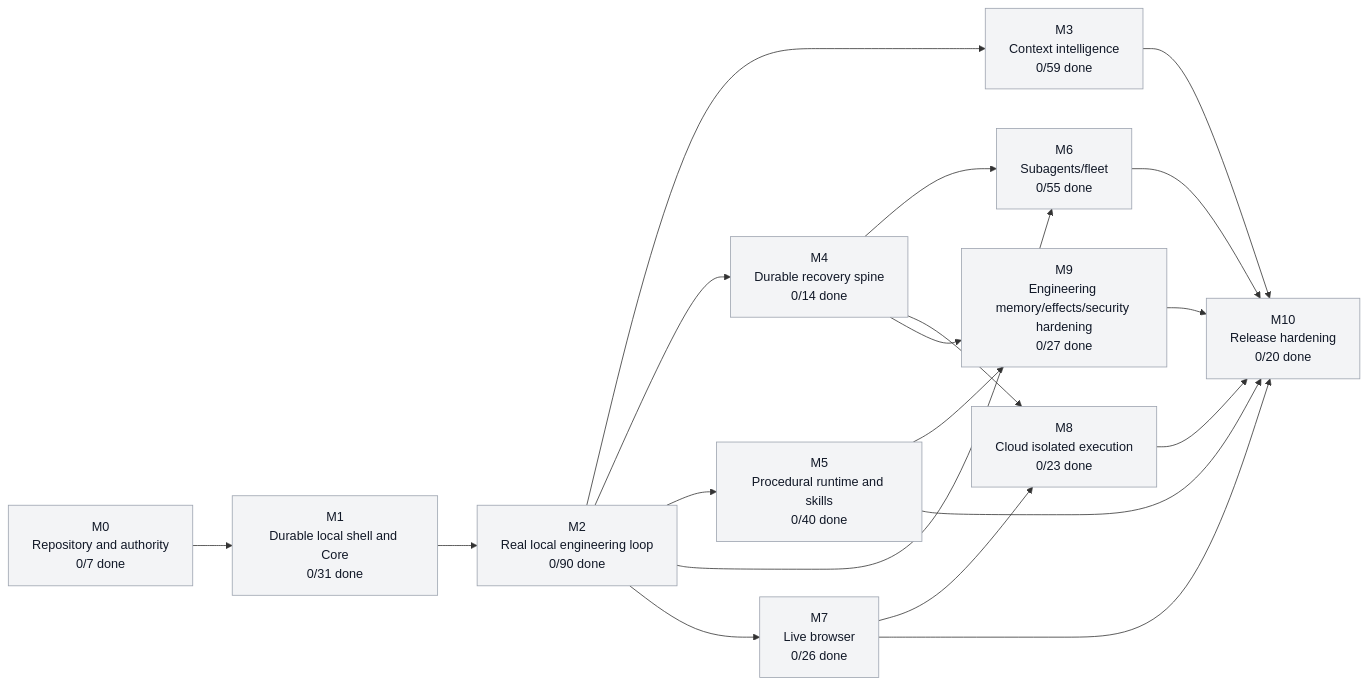
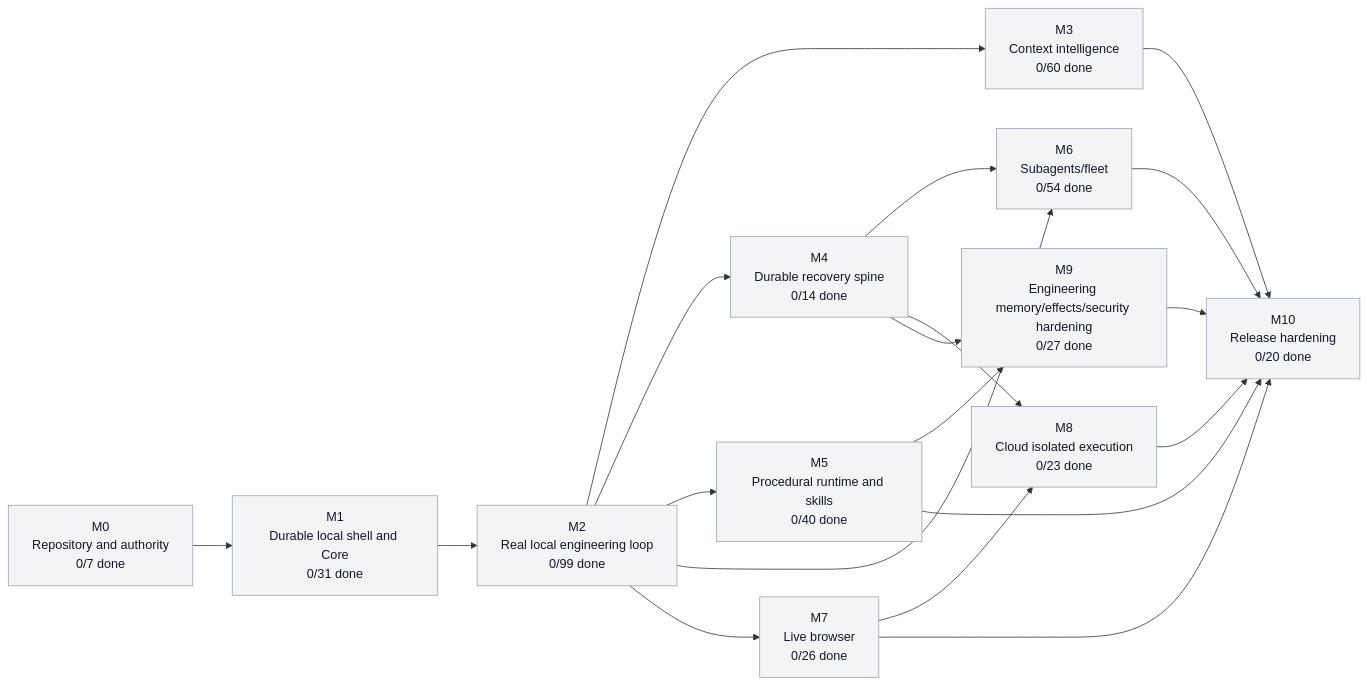
One commit to moss101/modbit changed the first of 5 diagrams in graph/PROJECT_GRAPH.md. Above: the diagram before and after it, drawn with Mermaid. The commit also changed other lines of this file and 30 other files, not shown here.

````diff
--- a/graph/PROJECT_GRAPH.md
+++ b/graph/PROJECT_GRAPH.md
@@ -57,43 +57,43 @@
 ```mermaid
 flowchart LR
   M0["M0<br/>Repository and authority<br/>0/7 done"]
   M1["M1<br/>Durable local shell and Core<br/>0/31 done"]
-  M2["M2<br/>Real local engineering loop<br/>0/90 done"]
-  M3["M3<br/>Context intelligence<br/>0/59 done"]
+  M2["M2<br/>Real local engineering loop<br/>0/99 done"]
+  M3["M3<br/>Context intelligence<br/>0/60 done"]
   M4["M4<br/>Durable recovery spine<br/>0/14 done"]
   M5["M5<br/>Procedural runtime and skills<br/>0/40 done"]
-  M6["M6<br/>Subagents/fleet<br/>0/55 done"]
+  M6["M6<br/>Subagents/fleet<br/>0/54 done"]
   M7["M7<br/>Live browser<br/>0/26 done"]
   M8["M8<br/>Cloud isolated execution<br/>0/23 done"]
   M9["M9<br/>Engineering memory/effects/security hardening<br/>0/27 done"]
   M10["M10<br/>Release hardening<br/>0/20 done"]
   M0 --> M1
   M1 --> M2
   M2 --> M3
   M2 --> M4
   M2 --> M5
   M2 --> M6
   M4 --> M6
   M2 --> M7
   M4 --> M8
   M7 --> M8
   M4 --> M9
   M5 --> M9
   M3 --> M10
   M5 --> M10
   M6 --> M10
   M7 --> M10
   M8 --> M10
   M9 --> M10
   style M0 fill:#f3f4f6,stroke:#9ca3af,color:#111827
   style M1 fill:#f3f4f6,stroke:#9ca3af,color:#111827
   style M2 fill:#f3f4f6,stroke:#9ca3af,color:#111827
   style M3 fill:#f3f4f6,stroke:#9ca3af,color:#111827
   style M4 fill:#f3f4f6,stroke:#9ca3af,color:#111827
   style M5 fill:#f3f4f6,stroke:#9ca3af,color:#111827
   style M6 fill:#f3f4f6,stroke:#9ca3af,color:#111827
   style M7 fill:#f3f4f6,stroke:#9ca3af,color:#111827
   style M8 fill:#f3f4f6,stroke:#9ca3af,color:#111827
   style M9 fill:#f3f4f6,stroke:#9ca3af,color:#111827
   style M10 fill:#f3f4f6,stroke:#9ca3af,color:#111827
 ```
````
